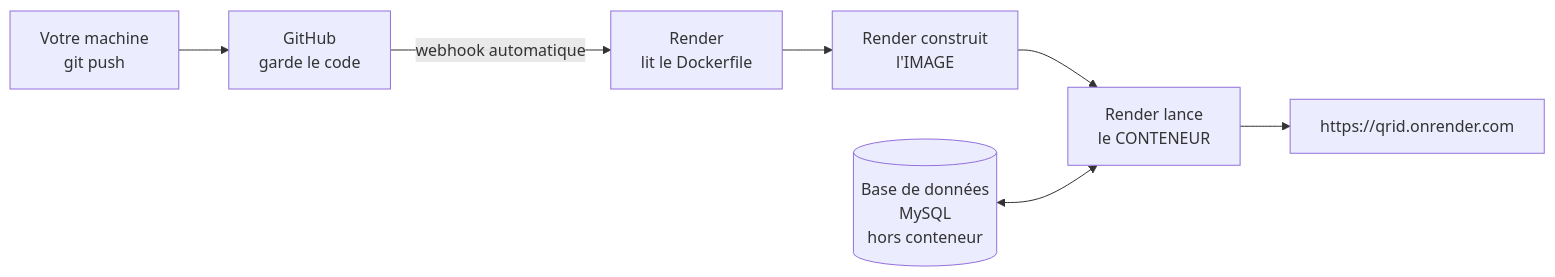
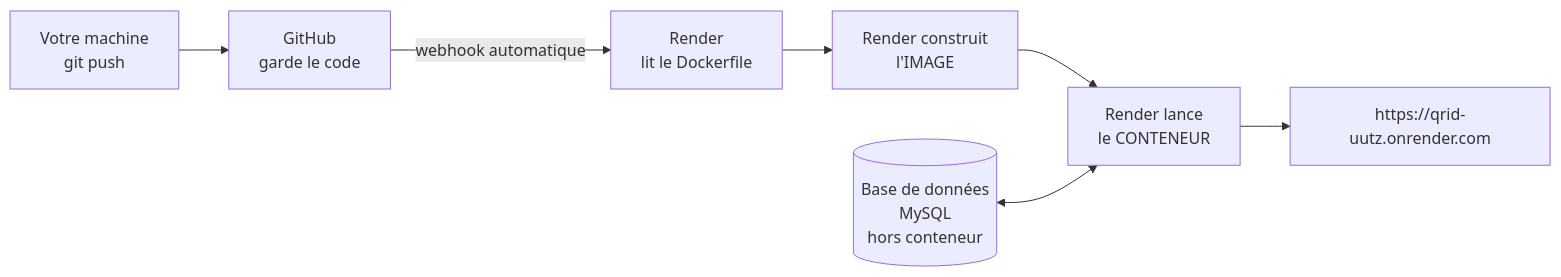
Before and after one commit to RassoulTech/QrID-Project: the first of 4 diagrams in docs/DEPLOIEMENT.md, drawn with Mermaid. The commit also changed other lines of this file and 8 other files, not shown here.

````diff
--- a/docs/DEPLOIEMENT.md
+++ b/docs/DEPLOIEMENT.md
@@ -219,9 +219,9 @@
 ```mermaid
 flowchart LR
     A["Votre machine<br/>git push"] --> B["GitHub<br/>garde le code"]
     B -->|"webhook automatique"| C["Render<br/>lit le Dockerfile"]
     C --> D["Render construit<br/>l'IMAGE"]
     D --> E["Render lance<br/>le CONTENEUR"]
-    E --> F["https://qrid.onrender.com"]
+    E --> F["https://qrid-uutz.onrender.com"]
     G[("Base de données<br/>MySQL<br/>hors conteneur")] <--> E
 ```
````
